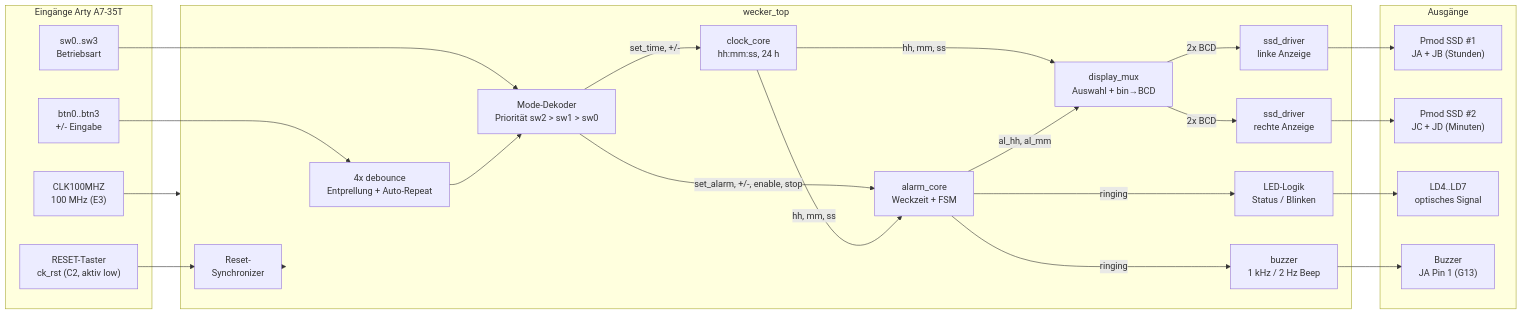
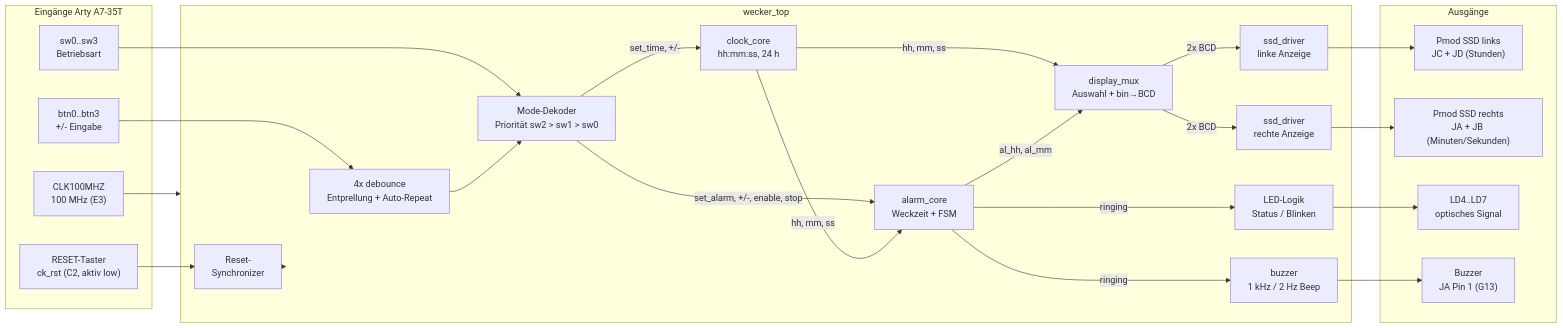
Before and after one commit to maxmann21302/fpga-arty-a7: the first of 4 diagrams in prj_final/doc/blockschaltbild.md, drawn with Mermaid. The commit also changed other lines of this file and 5 other files, not shown here.

````diff
--- a/prj_final/doc/blockschaltbild.md
+++ b/prj_final/doc/blockschaltbild.md
@@ -5,47 +5,47 @@
 ```mermaid
 flowchart LR
     subgraph IN["Eingänge Arty A7-35T"]
         CLK["CLK100MHZ<br/>100 MHz (E3)"]
         RSTB["RESET-Taster<br/>ck_rst (C2, aktiv low)"]
         SW["sw0..sw3<br/>Betriebsart"]
         BTN["btn0..btn3<br/>+/- Eingabe"]
     end
 
     subgraph CORE["wecker_top"]
         SYNC["Reset-<br/>Synchronizer"]
         DB["4x debounce<br/>Entprellung + Auto-Repeat"]
         MODE["Mode-Dekoder<br/>Priorität sw2 > sw1 > sw0"]
         CLKC["clock_core<br/>hh:mm:ss, 24 h"]
         ALC["alarm_core<br/>Weckzeit + FSM"]
         DMUX["display_mux<br/>Auswahl + bin→BCD"]
         SSDL["ssd_driver<br/>linke Anzeige"]
         SSDR["ssd_driver<br/>rechte Anzeige"]
         BUZ["buzzer<br/>1 kHz / 2 Hz Beep"]
         LEDL["LED-Logik<br/>Status / Blinken"]
     end
 
     subgraph OUT["Ausgänge"]
-        D1["Pmod SSD #1<br/>JA + JB (Stunden)"]
-        D2["Pmod SSD #2<br/>JC + JD (Minuten)"]
+        D1["Pmod SSD links<br/>JC + JD (Stunden)"]
+        D2["Pmod SSD rechts<br/>JA + JB (Minuten/Sekunden)"]
         LEDS["LD4..LD7<br/>optisches Signal"]
         SPK["Buzzer<br/>JA Pin 1 (G13)"]
     end
 
     CLK --> CORE
     RSTB --> SYNC --> CORE
     SW --> MODE
     BTN --> DB --> MODE
 
     MODE -->|set_time, +/-| CLKC
     MODE -->|set_alarm, +/-, enable, stop| ALC
     CLKC -->|hh, mm, ss| ALC
     CLKC -->|hh, mm, ss| DMUX
     ALC -->|al_hh, al_mm| DMUX
     ALC -->|ringing| BUZ
     ALC -->|ringing| LEDL
 
     DMUX -->|2x BCD| SSDL --> D1
     DMUX -->|2x BCD| SSDR --> D2
     LEDL --> LEDS
     BUZ --> SPK
 ```
````
